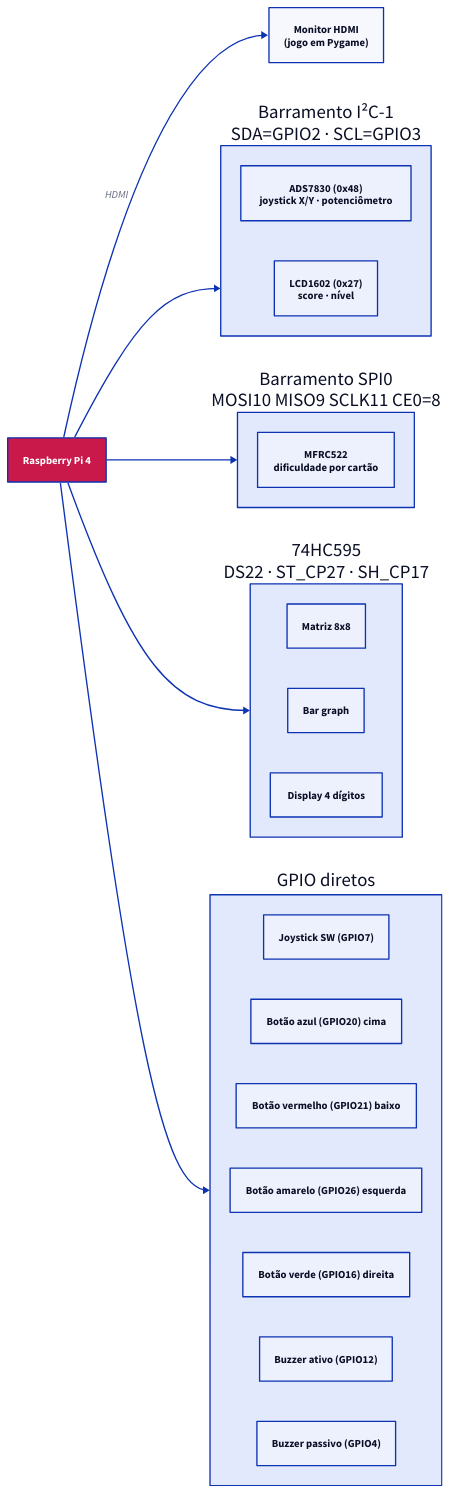
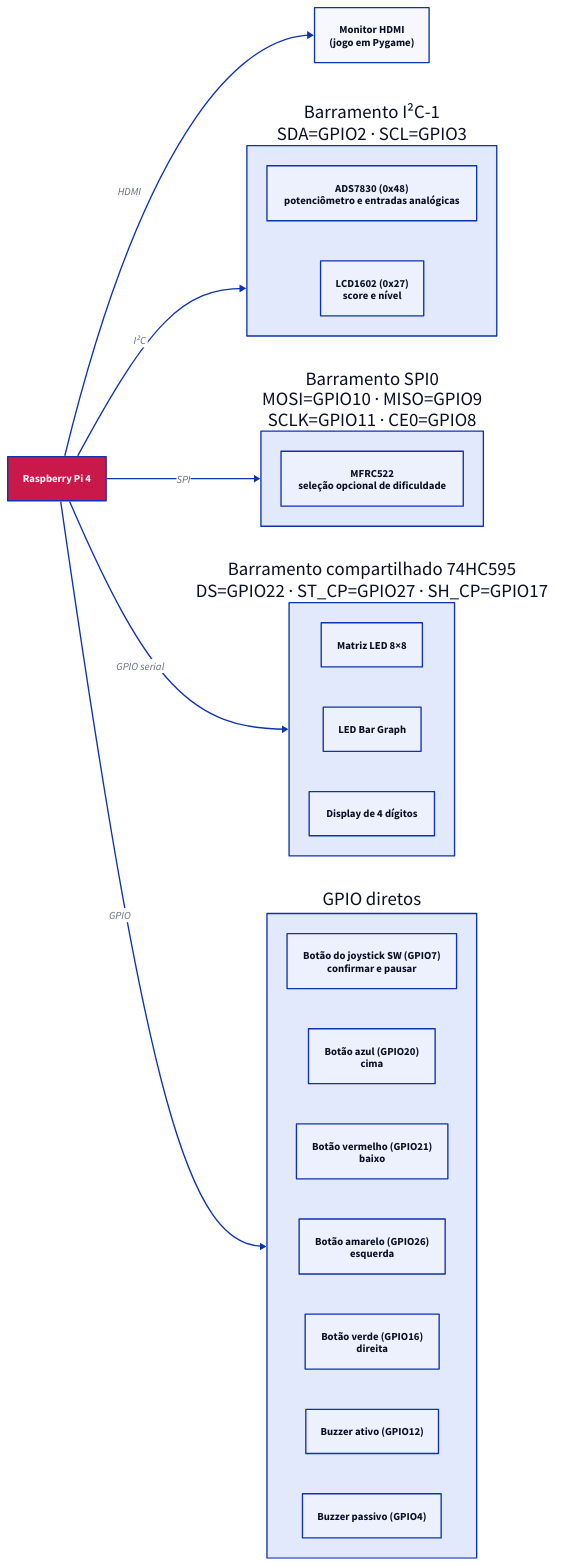
The diagram in docs/diagramas/arquitetura_fisica.d2 (CarolinaTavaresDuarte/PCS3732-Projeto-Final), drawn with D2 before and after one commit.

```diff
--- a/docs/diagramas/arquitetura_fisica.d2
+++ b/docs/diagramas/arquitetura_fisica.d2
@@ -1,45 +1,45 @@
 # Arquitetura física: Raspberry Pi 4 + Freenove Projects Board v1.2
-# Renderizar com:  d2 arquitetura_fisica.d2 arquitetura_fisica.svg
+# Renderizar com: d2 arquitetura_fisica_ajustada.d2 arquitetura_fisica_ajustada.svg
 
 direction: right
 
 pi: "Raspberry Pi 4" {
   shape: rectangle
   style.fill: "#c9184a"
   style.font-color: "#ffffff"
 }
 
 monitor: "Monitor HDMI\n(jogo em Pygame)" {
   shape: rectangle
 }
 
 i2c: "Barramento I²C-1\nSDA=GPIO2 · SCL=GPIO3" {
-  adc: "ADS7830 (0x48)\njoystick X/Y · potenciômetro"
-  lcd: "LCD1602 (0x27)\nscore · nível"
+  adc: "ADS7830 (0x48)\npotenciômetro e entradas analógicas"
+  lcd: "LCD1602 (0x27)\nscore e nível"
 }
 
-spi: "Barramento SPI0\nMOSI10 MISO9 SCLK11 CE0=8" {
-  rfid: "MFRC522\ndificuldade por cartão"
+spi: "Barramento SPI0\nMOSI=GPIO10 · MISO=GPIO9\nSCLK=GPIO11 · CE0=GPIO8" {
+  rfid: "MFRC522\nseleção opcional de dificuldade"
 }
 
-hc595: "74HC595\nDS22 · ST_CP27 · SH_CP17" {
-  matrix: "Matriz 8x8"
-  bar: "Bar graph"
-  seg: "Display 4 dígitos"
+hc595: "Barramento compartilhado 74HC595\nDS=GPIO22 · ST_CP=GPIO27 · SH_CP=GPIO17" {
+  matrix: "Matriz LED 8×8"
+  bar: "LED Bar Graph"
+  seg: "Display de 4 dígitos"
 }
 
 gpio: "GPIO diretos" {
-  joy_sw: "Joystick SW (GPIO7)"
-  btn_up: "Botão azul (GPIO20) cima"
-  btn_dn: "Botão vermelho (GPIO21) baixo"
-  btn_lf: "Botão amarelo (GPIO26) esquerda"
-  btn_rt: "Botão verde (GPIO16) direita"
+  joy_sw: "Botão do joystick SW (GPIO7)\nconfirmar e pausar"
+  btn_up: "Botão azul (GPIO20)\ncima"
+  btn_dn: "Botão vermelho (GPIO21)\nbaixo"
+  btn_lf: "Botão amarelo (GPIO26)\nesquerda"
+  btn_rt: "Botão verde (GPIO16)\ndireita"
   buz_a: "Buzzer ativo (GPIO12)"
   buz_p: "Buzzer passivo (GPIO4)"
 }
 
 pi -> monitor: HDMI
-pi -> i2c
-pi -> spi
-pi -> hc595
-pi -> gpio
+pi -> i2c: I²C
+pi -> spi: SPI
+pi -> hc595: GPIO serial
+pi -> gpio: GPIO
```
